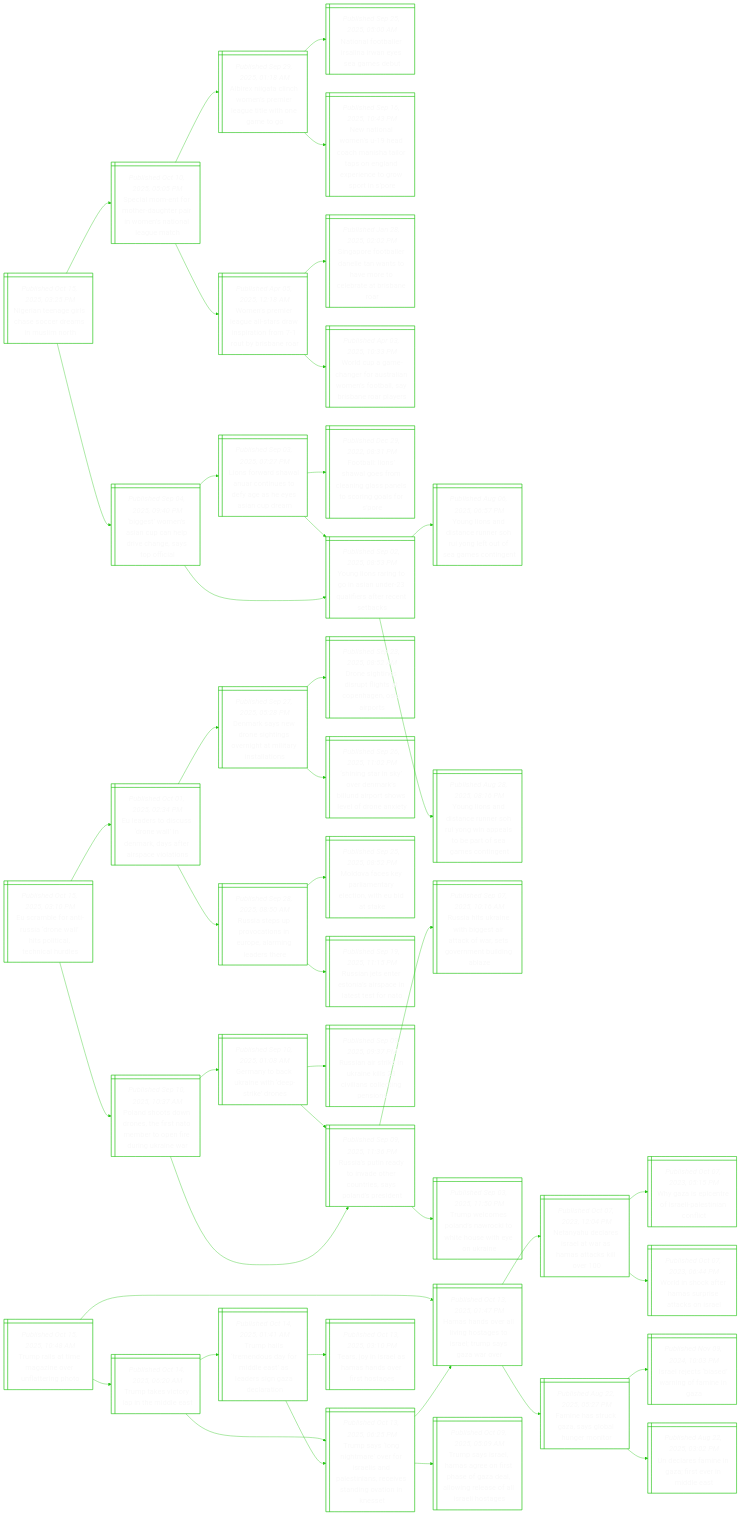
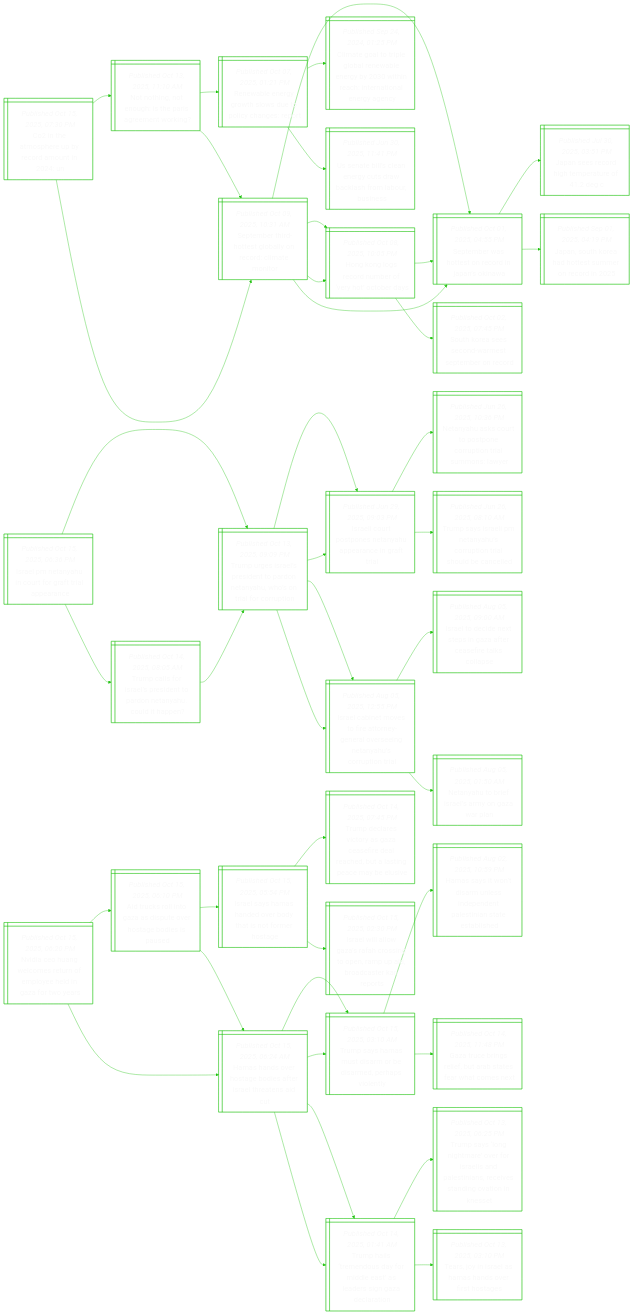
One commit to notJmes/notJmes changed the diagram in README.md. Above: the diagram before and after it, drawn with Mermaid. The commit also changed other lines of this file, not shown here.

```diff
--- a/README.md
+++ b/README.md
@@ -16,122 +16,113 @@
 flowchart LR
 classDef txtsize font-size:20px;
 
-Niegcsrmun@{ shape: win-pane, label: "_Published Oct 15, 2025, 03:25 PM_
-Nigerian teenage girls chase soccer dreams in muslim north" }
-SaeregpnniLeh@{ shape: win-pane, label: "_Published Oct 10, 2025, 05:05 PM_
-Special mom-ent for mother-daughter pair in women’s national league match" }
-AeglWsiaiiet@{ shape: win-pane, label: "_Published Sep 29, 2025, 01:18 AM_
-Albirex niigata clinch women’s premier league title with one game to go" }
-NnolsanSmb@{ shape: win-pane, label: "_Published Sep 25, 2025, 05:00 AM_
-National footballer irsalina irwan eyes sea games debut" }
-Ntlnaciatnapngpne@{ shape: win-pane, label: "_Published Sep 16, 2025, 10:43 PM_
-New national women’s u-19 head coach manisha tailor taps on england experience to grow sport in s’pore" }
-WsialrwiombsR@{ shape: win-pane, label: "_Published Apr 05, 2025, 12:18 AM_
-Women’s premier league all-stars draw inspiration from 7-1 rout by brisbane roar" }
-SpolaeaomobasR@{ shape: win-pane, label: "_Published Jan 28, 2025, 02:02 PM_
-Singapore footballer danelle tan wants to have more to celebrate at brisbane roar" }
-WCaafsimolBaay@{ shape: win-pane, label: "_Published Apr 03, 2025, 10:33 PM_
-World cup a game-changer for australian women’s football, say brisbane roar players" }
-Bseipeiaapc@{ shape: win-pane, label: "_Published Sep 04, 2025, 09:40 PM_
-‘biggest’ women’s asian cup can help drive change, says top official" }
-Lfrwuneeeesua@{ shape: win-pane, label: "_Published Sep 03, 2025, 07:27 PM_
-Lions forward shawal anuar continues to defy age as he eyes asian cup dream" }
-Faoaooagpsogfo@{ shape: win-pane, label: "_Published Dec 29, 2022, 08:31 PM_
-Football: lions’ shawal goes from cleaning glass panels to scoring goals for s’pore" }
-YLrgiaelreets@{ shape: win-pane, label: "_Published Sep 02, 2025, 08:53 PM_
-Young lions raring to go in asian under-23 qualifiers after recent setbacks" }
-YLrgiaelreets@{ shape: win-pane, label: "_Published Sep 02, 2025, 08:53 PM_
-Young lions raring to go in asian under-23 qualifiers after recent setbacks" }
-YLaseeRntfaog@{ shape: win-pane, label: "_Published Aug 06, 2025, 06:57 PM_
-Young lions and distance runner soh rui yong left out of sea games contingent" }
-YLaseeRnaleoGcn@{ shape: win-pane, label: "_Published Aug 28, 2025, 08:16 PM_
-Young lions and distance runner soh rui yong win appeals to be part of sea games contingent" }
+ChoryruU@{ shape: win-pane, label: "_Published Oct 15, 2025, 07:30 PM_
+Co2 in the atmosphere up by record amount in 2024: un" }
+Ntnosager@{ shape: win-pane, label: "_Published Oct 13, 2025, 11:10 AM_
+Not nothing, not enough: is the paris agreement working?" }
+Smhotanrmor@{ shape: win-pane, label: "_Published Oct 09, 2025, 10:31 AM_
+September third-hottest globally on record: climate monitor" }
+Hogomfhtd@{ shape: win-pane, label: "_Published Oct 08, 2025, 10:05 PM_
+Hong kong logs record number of ‘very hot’ october days" }
+SmatnraOw@{ shape: win-pane, label: "_Published Oct 01, 2025, 04:55 PM_
+September was hottest on record in japan’s okinawa" }
+Ranghsocne@{ shape: win-pane, label: "_Published Oct 07, 2025, 01:21 PM_
+Renewable energy growth slows due to policy changes: report" }
+Ctlilranbhattlgn@{ shape: win-pane, label: "_Published Sep 24, 2024, 01:25 PM_
+Climate goal to triple global renewable energy by 2030 within reach: international energy agency" }
+Ualeeuakfabe@{ shape: win-pane, label: "_Published Jun 30, 2025, 11:41 PM_
+Us senate bill’s clean energy cuts draw backlash from labour, business" }
+Smhotanrmor@{ shape: win-pane, label: "_Published Oct 09, 2025, 10:31 AM_
+September third-hottest globally on record: climate monitor" }
+Hogomfhtd@{ shape: win-pane, label: "_Published Oct 08, 2025, 10:05 PM_
+Hong kong logs record number of ‘very hot’ october days" }
+SKsewstrc@{ shape: win-pane, label: "_Published Oct 02, 2025, 07:45 PM_
+South korea sees second-warmest september on record" }
+SmatnraOw@{ shape: win-pane, label: "_Published Oct 01, 2025, 04:55 PM_
+September was hottest on record in japan’s okinawa" }
+SmatnraOw@{ shape: win-pane, label: "_Published Oct 01, 2025, 04:55 PM_
+September was hottest on record in japan’s okinawa" }
+JseheaoC@{ shape: win-pane, label: "_Published Jul 30, 2025, 03:51 PM_
+Japan sees record high temperature of 41.2 deg c" }
+JSKhtsrcn@{ shape: win-pane, label: "_Published Sep 01, 2025, 04:19 PM_
+Japan, south korea had hottest summer on record in 2025" }
 
-Niegcsrmun:::txtsize --> SaeregpnniLeh:::txtsize
-SaeregpnniLeh:::txtsize --> AeglWsiaiiet:::txtsize
-AeglWsiaiiet:::txtsize --> NnolsanSmb:::txtsize
-AeglWsiaiiet:::txtsize --> Ntlnaciatnapngpne:::txtsize
-SaeregpnniLeh:::txtsize --> WsialrwiombsR:::txtsize
-WsialrwiombsR:::txtsize --> SpolaeaomobasR:::txtsize
-WsialrwiombsR:::txtsize --> WCaafsimolBaay:::txtsize
-Niegcsrmun:::txtsize --> Bseipeiaapc:::txtsize
-Bseipeiaapc:::txtsize --> Lfrwuneeeesua:::txtsize
-Lfrwuneeeesua:::txtsize --> Faoaooagpsogfo:::txtsize
-Lfrwuneeeesua:::txtsize --> YLrgiaelreets:::txtsize
-Bseipeiaapc:::txtsize --> YLrgiaelreets:::txtsize
-YLrgiaelreets:::txtsize --> YLaseeRntfaog:::txtsize
-YLrgiaelreets:::txtsize --> YLaseeRnaleoGcn:::txtsize
+ChoryruU:::txtsize --> Ntnosager:::txtsize
+Ntnosager:::txtsize --> Smhotanrmor:::txtsize
+Smhotanrmor:::txtsize --> Hogomfhtd:::txtsize
+Smhotanrmor:::txtsize --> SmatnraOw:::txtsize
+Ntnosager:::txtsize --> Ranghsocne:::txtsize
+Ranghsocne:::txtsize --> Ctlilranbhattlgn:::txtsize
+Ranghsocne:::txtsize --> Ualeeuakfabe:::txtsize
+ChoryruU:::txtsize --> Smhotanrmor:::txtsize
+Smhotanrmor:::txtsize --> Hogomfhtd:::txtsize
+Hogomfhtd:::txtsize --> SKsewstrc:::txtsize
+Hogomfhtd:::txtsize --> SmatnraOw:::txtsize
+Smhotanrmor:::txtsize --> SmatnraOw:::txtsize
+SmatnraOw:::txtsize --> JseheaoC:::txtsize
+SmatnraOw:::txtsize --> JSKhtsrcn:::txtsize
 
-Eaftsolsttius@{ shape: win-pane, label: "_Published Oct 15, 2025, 03:10 PM_
-Eu scramble for anti-russia ‘drone wall’ hits political, technical hurdles" }
-Edouolekaaaoo@{ shape: win-pane, label: "_Published Oct 01, 2025, 02:34 PM_
-Eu leaders to discuss ‘drone wall’ in denmark, days after airspace violations" }
-Drsrinehirtt@{ shape: win-pane, label: "_Published Sep 27, 2025, 05:28 PM_
-Denmark says new drone sightings overnight at military installations" }
-DsiithChOit@{ shape: win-pane, label: "_Published Sep 23, 2025, 08:52 AM_
-Drone sightings disrupt flights at copenhagen, oslo airports" }
-SnryDrlarwerny@{ shape: win-pane, label: "_Published Sep 26, 2025, 11:02 PM_
-‘shining star in sky’ over denmark’s billund airport shows level of drone anxiety" }
-Rasotioagee@{ shape: win-pane, label: "_Published Sep 28, 2025, 08:50 AM_
-Russia steps up provocations in europe, alarming leaders there" }
-MvepaaenEak@{ shape: win-pane, label: "_Published Sep 25, 2025, 08:52 PM_
-Moldova faces key parliamentary election, with eu bid at stake" }
-Rasrnicatoo@{ shape: win-pane, label: "_Published Sep 19, 2025, 11:15 PM_
-Russian jets enter estonia’s airspace in latest test for nato" }
-PdtnefNetndgir@{ shape: win-pane, label: "_Published Sep 10, 2025, 10:37 AM_
-Poland shoots down drones, the first nato member to open fire during ukraine war" }
-Gnarwerr@{ shape: win-pane, label: "_Published Sep 10, 2025, 01:08 AM_
-Germany to back ukraine with ‘deep-strike’ drones" }
-Raserkcioten@{ shape: win-pane, label: "_Published Sep 09, 2025, 09:37 PM_
-Russian air strike in ukraine kills 23 civilians collecting pensions" }
-Raidnocralpd@{ shape: win-pane, label: "_Published Sep 09, 2025, 11:36 PM_
-Russia’s putin ready to invade other countries, says poland’s president" }
-Raidnocralpd@{ shape: win-pane, label: "_Published Sep 09, 2025, 11:36 PM_
-Russia’s putin ready to invade other countries, says poland’s president" }
-RaUnhercasrtdb@{ shape: win-pane, label: "_Published Sep 07, 2025, 10:16 AM_
-Russia hits ukraine with biggest air attack of war, sets government building ablaze" }
-TwmlNcWHwyke@{ shape: win-pane, label: "_Published Sep 03, 2025, 11:50 PM_
-Trump welcomes poland’s nawrocki to white house with eye on ukraine" }
+Ilthoofaec@{ shape: win-pane, label: "_Published Oct 15, 2025, 06:36 PM_
+Israel pm netanyahu in court for graft trial appearance" }
+TuIlstreaororo@{ shape: win-pane, label: "_Published Oct 13, 2025, 09:09 PM_
+Trump urges israel’s president to pardon netanyahu, who’s on trial for corruption" }
+Ilrtsnarifa@{ shape: win-pane, label: "_Published Jun 29, 2025, 09:03 PM_
+Israeli court postpones netanyahu appearance in graft trial" }
+NysuporiimLr@{ shape: win-pane, label: "_Published Jun 26, 2025, 10:36 PM_
+Netanyahu asks court to postpone corruption trial summons: lawyer" }
+Tssithriioee@{ shape: win-pane, label: "_Published Jun 26, 2025, 08:10 AM_
+Trump says israeli pm netanyahu’s corruption trial should be cancelled" }
+Ilnvfteeveeaotr@{ shape: win-pane, label: "_Published Aug 05, 2025, 12:55 PM_
+Israel cabinet moves to fire attorney-general overseeing netanyahu’s corruption trial" }
+IlceeGfeille@{ shape: win-pane, label: "_Published Aug 05, 2025, 09:00 AM_
+Israel to decide next steps in gaza after ceasefire talks collapse" }
+Nyofemar@{ shape: win-pane, label: "_Published Aug 05, 2025, 01:50 AM_
+Netanyahu to brief israel’s army on gaza war plan" }
+TcfrPdooaudp@{ shape: win-pane, label: "_Published Oct 14, 2025, 08:05 AM_
+Trump calls for israel’s president to pardon netanyahu. could it happen?" }
+TuIlstreaororo@{ shape: win-pane, label: "_Published Oct 13, 2025, 09:09 PM_
+Trump urges israel’s president to pardon netanyahu, who’s on trial for corruption" }
+Ilrtsnarifa@{ shape: win-pane, label: "_Published Jun 29, 2025, 09:03 PM_
+Israeli court postpones netanyahu appearance in graft trial" }
+Ilnvfteeveeaotr@{ shape: win-pane, label: "_Published Aug 05, 2025, 12:55 PM_
+Israel cabinet moves to fire attorney-general overseeing netanyahu’s corruption trial" }
 
-Eaftsolsttius:::txtsize --> Edouolekaaaoo:::txtsize
-Edouolekaaaoo:::txtsize --> Drsrinehirtt:::txtsize
-Drsrinehirtt:::txtsize --> DsiithChOit:::txtsize
-Drsrinehirtt:::txtsize --> SnryDrlarwerny:::txtsize
-Edouolekaaaoo:::txtsize --> Rasotioagee:::txtsize
-Rasotioagee:::txtsize --> MvepaaenEak:::txtsize
-Rasotioagee:::txtsize --> Rasrnicatoo:::txtsize
-Eaftsolsttius:::txtsize --> PdtnefNetndgir:::txtsize
-PdtnefNetndgir:::txtsize --> Gnarwerr:::txtsize
-Gnarwerr:::txtsize --> Raserkcioten:::txtsize
-Gnarwerr:::txtsize --> Raidnocralpd:::txtsize
-PdtnefNetndgir:::txtsize --> Raidnocralpd:::txtsize
-Raidnocralpd:::txtsize --> RaUnhercasrtdb:::txtsize
-Raidnocralpd:::txtsize --> TwmlNcWHwyke:::txtsize
+Ilthoofaec:::txtsize --> TuIlstreaororo:::txtsize
+TuIlstreaororo:::txtsize --> Ilrtsnarifa:::txtsize
+Ilrtsnarifa:::txtsize --> NysuporiimLr:::txtsize
+Ilrtsnarifa:::txtsize --> Tssithriioee:::txtsize
+TuIlstreaororo:::txtsize --> Ilnvfteeveeaotr:::txtsize
+Ilnvfteeveeaotr:::txtsize --> IlceeGfeille:::txtsize
+Ilnvfteeveeaotr:::txtsize --> Nyofemar:::txtsize
+Ilthoofaec:::txtsize --> TcfrPdooaudp:::txtsize
+TcfrPdooaudp:::txtsize --> TuIlstreaororo:::txtsize
+TuIlstreaororo:::txtsize --> Ilrtsnarifa:::txtsize
+TuIlstreaororo:::txtsize --> Ilnvfteeveeaotr:::txtsize
 
-Traezvfep@{ shape: win-pane, label: "_Published Oct 15, 2025, 10:48 AM_
-Trump rails at time magazine over unflattering photo" }
-Hholissrrazo@{ shape: win-pane, label: "_Published Oct 13, 2025, 01:47 PM_
-Hamas hands over all living hostages to israel; trump says gaza war over" }
-NyeeawHakl@{ shape: win-pane, label: "_Published Oct 07, 2023, 12:04 PM_
-Netanyahu declares israel at war as hamas attacks kill over 100" }
-WzptIleint@{ shape: win-pane, label: "_Published Oct 07, 2023, 05:15 PM_
-Why gaza is epicentre of israeli-palestinian conflict" }
-Wiceapaks@{ shape: win-pane, label: "_Published Oct 07, 2023, 06:44 PM_
-World in shock after hamas surprise attacks on israel" }
-FetGaoumo@{ shape: win-pane, label: "_Published Aug 22, 2025, 05:27 PM_
-Famine has struck gaza, says global hunger monitor" }
-Ilcaagmn@{ shape: win-pane, label: "_Published Nov 09, 2024, 10:03 PM_
-Israel rejects ‘biased’ warning of famine in gaza" }
-Ulfezsrda@{ shape: win-pane, label: "_Published Aug 22, 2025, 03:02 PM_
-Un declares famine in gaza; first ever in middle east" }
-TtvriMe@{ shape: win-pane, label: "_Published Oct 14, 2025, 06:20 AM_
-Trump takes victory lap in the middle east" }
-TsogrrsiPtnesiais@{ shape: win-pane, label: "_Published Oct 13, 2025, 06:25 PM_
-Trump says ‘long nightmare’ over for israelis and palestinians, receives standing ovation in knesset" }
-TssHaossaaorslaoe@{ shape: win-pane, label: "_Published Oct 09, 2025, 05:09 AM_
-Trump says israel, hamas agree on first phase of gaza deal, allowing release of all israeli hostages" }
-Hholissrrazo@{ shape: win-pane, label: "_Published Oct 13, 2025, 01:47 PM_
-Hamas hands over all living hostages to israel; trump says gaza war over" }
+Naueeueylare@{ shape: win-pane, label: "_Published Oct 15, 2025, 06:20 PM_
+Nvidia ceo huang welcomes return of employee held in gaza for two years" }
+Auotasooeea@{ shape: win-pane, label: "_Published Oct 15, 2025, 06:10 PM_
+Aid trucks roll into gaza as dispute over hostage bodies is paused" }
+Hhooeeearnc@{ shape: win-pane, label: "_Published Oct 15, 2025, 06:24 AM_
+Hamas hands over hostage bodies after israel threatens aid cut" }
+Tsausrsdaol@{ shape: win-pane, label: "_Published Oct 15, 2025, 03:10 AM_
+Trump says hamas must disarm or be disarmed, perhaps violently" }
+Thtndrltasact@{ shape: win-pane, label: "_Published Oct 14, 2025, 01:41 AM_
+Trump hails ‘tremendous day for middle east’ as leaders sign gaza declaration" }
+IlHhdbhnroe@{ shape: win-pane, label: "_Published Oct 15, 2025, 05:54 PM_
+Israel says hamas handed over body that is not former hostage" }
+Tdrcaaededlncbs@{ shape: win-pane, label: "_Published Oct 14, 2025, 07:45 PM_
+Trump declares victory as gaza ceasefire deal reached, but a lasting peace may be elusive" }
+IlaGRcioaaosao@{ shape: win-pane, label: "_Published Oct 15, 2025, 02:30 PM_
+Israel will allow gaza’s rafah crossing to open, ramp up aid, broadcaster kan reports" }
+Hhooeeearnc@{ shape: win-pane, label: "_Published Oct 15, 2025, 06:24 AM_
+Hamas hands over hostage bodies after israel threatens aid cut" }
+Tsausrsdaol@{ shape: win-pane, label: "_Published Oct 15, 2025, 03:10 AM_
+Trump says hamas must disarm or be disarmed, perhaps violently" }
+Hstdmseelntsi@{ shape: win-pane, label: "_Published Aug 02, 2025, 10:59 PM_
+Hamas says it won’t disarm unless independent palestinian state established" }
+Grrrfraeaet@{ shape: win-pane, label: "_Published Oct 14, 2025, 11:48 PM_
+Gaza truce brings relief, but arab states fear what comes next" }
 Thtndrltasact@{ shape: win-pane, label: "_Published Oct 14, 2025, 01:41 AM_
 Trump hails ‘tremendous day for middle east’ as leaders sign gaza declaration" }
 TsogrrsiPtnesiais@{ shape: win-pane, label: "_Published Oct 13, 2025, 06:25 PM_
@@ -139,18 +130,18 @@
 TjIlmnest@{ shape: win-pane, label: "_Published Oct 13, 2025, 03:10 PM_
 Tears, joy in israel as hamas hands over first hostages" }
 
-Traezvfep:::txtsize --> Hholissrrazo:::txtsize
-Hholissrrazo:::txtsize --> NyeeawHakl:::txtsize
-NyeeawHakl:::txtsize --> WzptIleint:::txtsize
-NyeeawHakl:::txtsize --> Wiceapaks:::txtsize
-Hholissrrazo:::txtsize --> FetGaoumo:::txtsize
-FetGaoumo:::txtsize --> Ilcaagmn:::txtsize
-FetGaoumo:::txtsize --> Ulfezsrda:::txtsize
-Traezvfep:::txtsize --> TtvriMe:::txtsize
-TtvriMe:::txtsize --> TsogrrsiPtnesiais:::txtsize
-TsogrrsiPtnesiais:::txtsize --> TssHaossaaorslaoe:::txtsize
-TsogrrsiPtnesiais:::txtsize --> Hholissrrazo:::txtsize
-TtvriMe:::txtsize --> Thtndrltasact:::txtsize
+Naueeueylare:::txtsize --> Auotasooeea:::txtsize
+Auotasooeea:::txtsize --> Hhooeeearnc:::txtsize
+Hhooeeearnc:::txtsize --> Tsausrsdaol:::txtsize
+Hhooeeearnc:::txtsize --> Thtndrltasact:::txtsize
+Auotasooeea:::txtsize --> IlHhdbhnroe:::txtsize
+IlHhdbhnroe:::txtsize --> Tdrcaaededlncbs:::txtsize
+IlHhdbhnroe:::txtsize --> IlaGRcioaaosao:::txtsize
+Naueeueylare:::txtsize --> Hhooeeearnc:::txtsize
+Hhooeeearnc:::txtsize --> Tsausrsdaol:::txtsize
+Tsausrsdaol:::txtsize --> Hstdmseelntsi:::txtsize
+Tsausrsdaol:::txtsize --> Grrrfraeaet:::txtsize
+Hhooeeearnc:::txtsize --> Thtndrltasact:::txtsize
 Thtndrltasact:::txtsize --> TsogrrsiPtnesiais:::txtsize
 Thtndrltasact:::txtsize --> TjIlmnest:::txtsize
 
```
